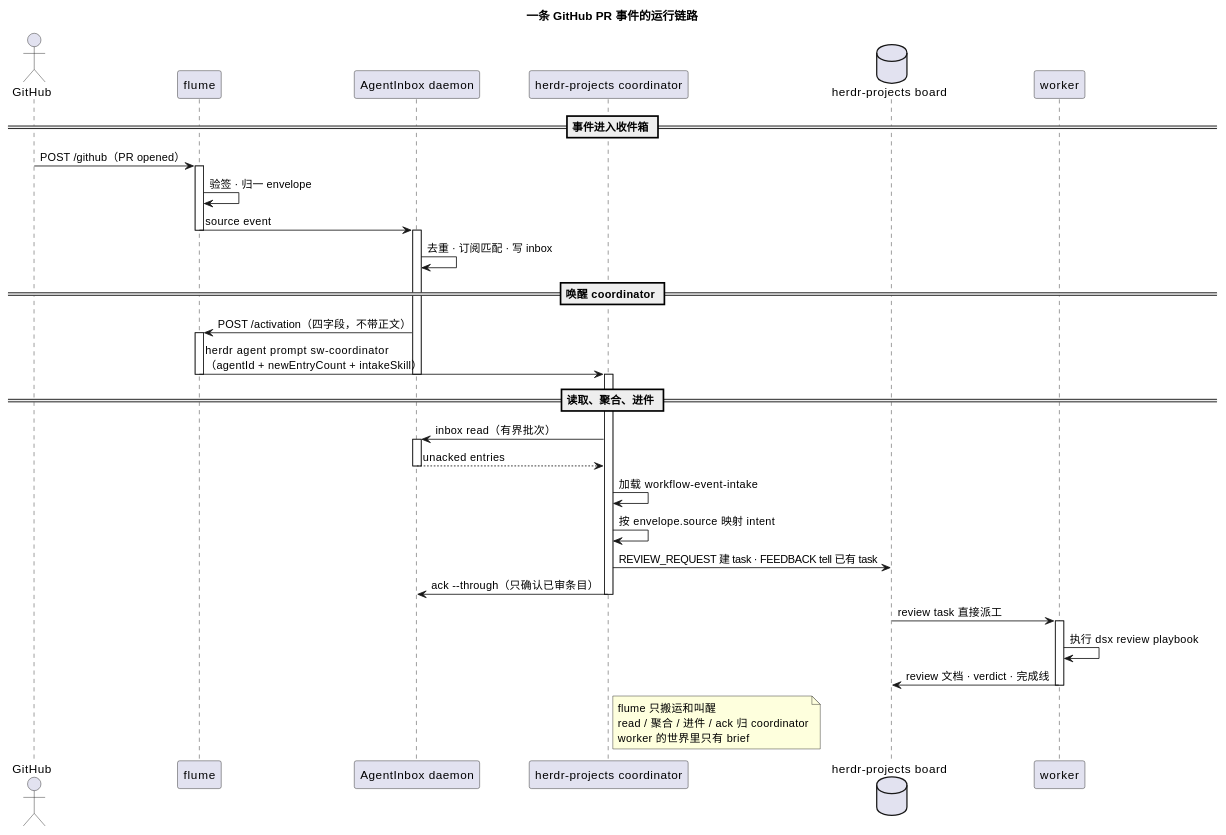
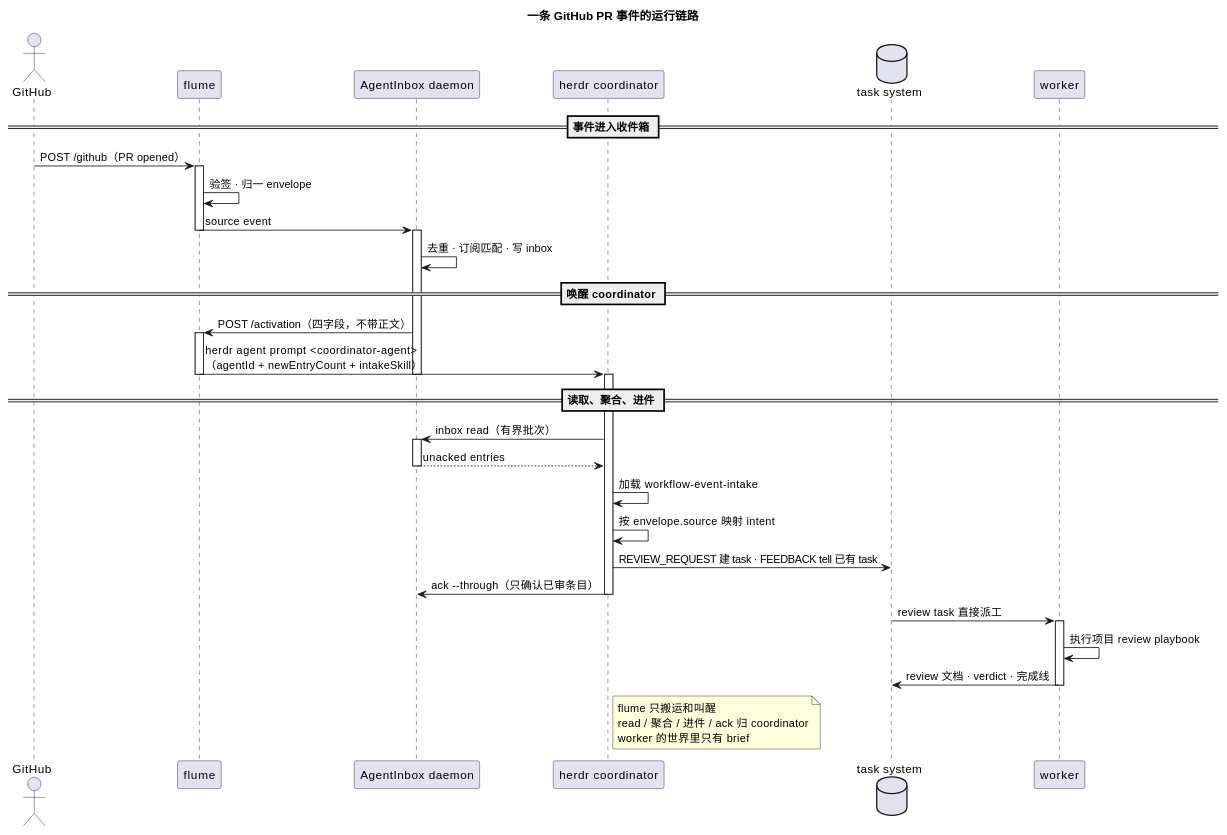
The diagram in docs/USAGE.md (iodone/flume), drawn with PlantUML before and after one commit. The commit also changed other lines of this file and 3 other files, not shown here.

````diff
--- a/docs/USAGE.md
+++ b/docs/USAGE.md
@@ -198,53 +198,53 @@
 ```plantuml
 @startuml
 title 一条 GitHub PR 事件的运行链路
 
 actor       "GitHub"                      as GH
 participant "flume"                       as FL
 participant "AgentInbox daemon"           as AI
-participant "herdr-projects coordinator"  as CO
-database    "herdr-projects board"        as BD
+participant "herdr coordinator"           as CO
+database    "task system"                 as BD
 participant "worker"                      as WK
 
 == 事件进入收件箱 ==
 GH -> FL : POST /github（PR opened）
 activate FL
 FL -> FL : 验签 · 归一 envelope
 FL -> AI : source event
 deactivate FL
 activate AI
 AI -> AI : 去重 · 订阅匹配 · 写 inbox
 
 == 唤醒 coordinator ==
 AI -> FL : POST /activation（四字段，不带正文）
 activate FL
-FL -> CO : herdr agent prompt sw-coordinator\n（agentId + newEntryCount + intakeSkill）
+FL -> CO : herdr agent prompt <coordinator-agent>\n（agentId + newEntryCount + intakeSkill）
 deactivate FL
 deactivate AI
 
 == 读取、聚合、进件 ==
 activate CO
 CO -> AI : inbox read（有界批次）
 activate AI
 AI --> CO : unacked entries
 deactivate AI
 CO -> CO : 加载 workflow-event-intake
 CO -> CO : 按 envelope.source 映射 intent
 CO -> BD : REVIEW_REQUEST 建 task · FEEDBACK tell 已有 task
 CO -> AI : ack --through（只确认已审条目）
 deactivate CO
 
 BD -> WK : review task 直接派工
 activate WK
-WK -> WK : 执行 dsx review playbook
+WK -> WK : 执行项目 review playbook
 WK -> BD : review 文档 · verdict · 完成线
 deactivate WK
 
 note right of CO
   flume 只搬运和叫醒
   read / 聚合 / 进件 / ack 归 coordinator
   worker 的世界里只有 brief
 end note
 
 @enduml
 ```
````
